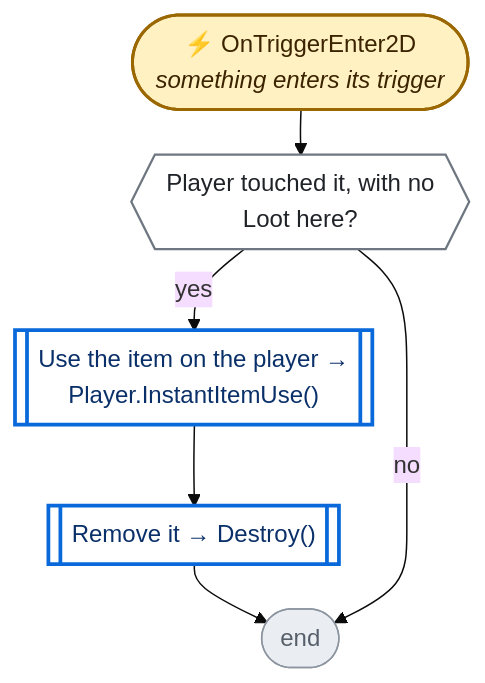
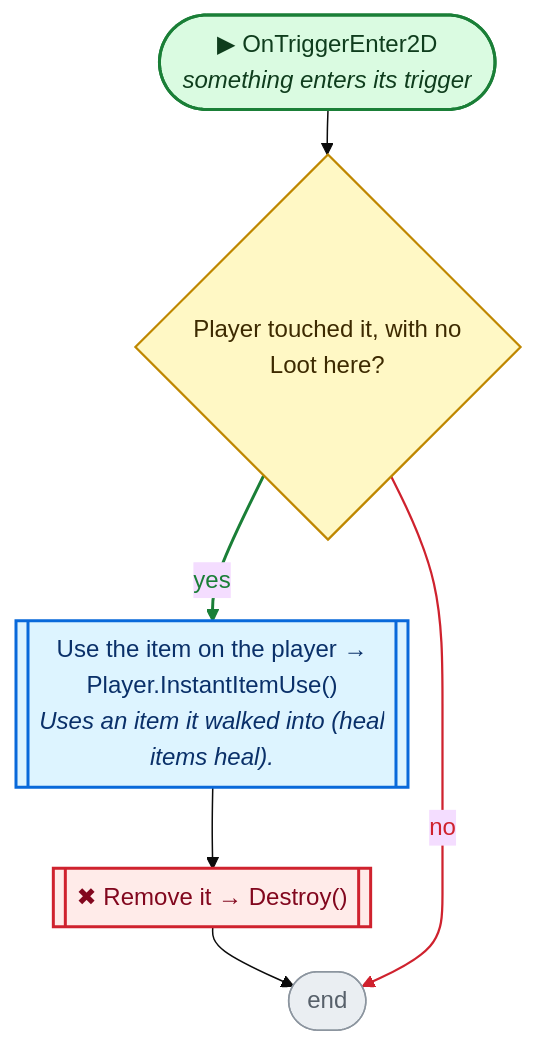
The second of 2 diagrams in CodeGraph~/graph/Map/InstantItemOnFloor.cs.md (nataiai/Lord-of-the-Dungeon), drawn with Mermaid (base theme) before and after one commit. The commit also changed other lines of this file and 44 other files, not shown here.

````diff
--- a/CodeGraph~/graph/Map/InstantItemOnFloor.cs.md
+++ b/CodeGraph~/graph/Map/InstantItemOnFloor.cs.md
@@ -44,34 +44,41 @@
 ```mermaid
 ---
 config:
   flowchart:
     wrappingWidth: 260
     nodeSpacing: 26
     rankSpacing: 30
 ---
 flowchart TD
-  nS(["⚡ OnTriggerEnter2D<br><i>something enters its trigger</i>"])
-  n6c7ca3{{"Player touched it, with no<br>Loot here?"}}
-  nc0ad2a[["Use the item on the player →<br>Player.InstantItemUse()"]]
-  nbee12d[["Remove it → Destroy()"]]
+  nS(["▶ OnTriggerEnter2D<br><i>something enters its trigger</i>"])
+  n6c7ca3{"Player touched it, with no<br>Loot here?"}
+  nc0ad2a[["Use the item on the player →<br>Player.InstantItemUse()<br><i>Uses an item it walked into (heal</i><br><i>items heal).</i>"]]
+  nbee12d[["✖ Remove it → Destroy()"]]
   nE(["end"])
   nS --> n6c7ca3
   n6c7ca3 -->|yes| nc0ad2a
   nc0ad2a --> nbee12d
   nbee12d --> nE
   n6c7ca3 -->|no| nE
-  classDef unity fill:#fff1c2,stroke:#9a6700,stroke-width:2px,color:#3b2300
-  classDef start fill:#ddf4ff,stroke:#0969da,stroke-width:2px,color:#0a3069
-  classDef calc fill:#f6f8fa,stroke:#d0d7de,color:#57606a
-  classDef calls fill:#ffffff,stroke:#0969da,stroke-width:2.5px,color:#0a3069
-  classDef cond fill:#ffffff,stroke:#6e7781,stroke-width:1.5px,color:#1f2328
-  classDef loop fill:#fbefff,stroke:#8250df,color:#3e1f79
-  classDef exit fill:#eaeef2,stroke:#57606a,color:#24292f
-  classDef wait fill:#fff8f0,stroke:#bc4c00,color:#4d1d00
+  linkStyle 1 stroke:#1a7f37,stroke-width:2px,color:#1a7f37
+  linkStyle 4 stroke:#cf222e,stroke-width:1.5px,color:#cf222e
+  classDef unity fill:#dafbe1,stroke:#1a7f37,stroke-width:2px,color:#0f3d1d
+  classDef start fill:#dafbe1,stroke:#1a7f37,stroke-width:2px,color:#0f3d1d
+  classDef calc fill:#ffffff,stroke:#d0d7de,color:#57606a
+  classDef calls fill:#ddf4ff,stroke:#0969da,stroke-width:2px,color:#0a3069
+  classDef ext fill:#ddf4ff,stroke:#0969da,stroke-width:2px,stroke-dasharray:5 3,color:#0a3069
+  classDef cond fill:#fff8c5,stroke:#bf8700,stroke-width:1.5px,color:#3d2a00
+  classDef loop fill:#f6f8fa,stroke:#57606a,color:#1f2328
+  classDef exit fill:#ffebe9,stroke:#cf222e,color:#82071e
+  classDef kill fill:#ffebe9,stroke:#cf222e,stroke-width:2px,color:#82071e
+  classDef spawn fill:#dafbe1,stroke:#1a7f37,stroke-width:2px,color:#0f3d1d
+  classDef wait fill:#fff1e5,stroke:#bc4c00,color:#4d1d00
   classDef fin fill:#eaeef2,stroke:#8c959f,color:#57606a
   classDef join fill:#d0d7de,stroke:#8c959f,color:#57606a
-  class nc0ad2a,nbee12d calls
+  classDef ghdr fill:#f5f9ff,stroke:#f5f9ff,color:#0a3069,font-weight:bold
+  class nc0ad2a calls
   class n6c7ca3 cond
   class nE fin
+  class nbee12d kill
   class nS unity
 ```
````
